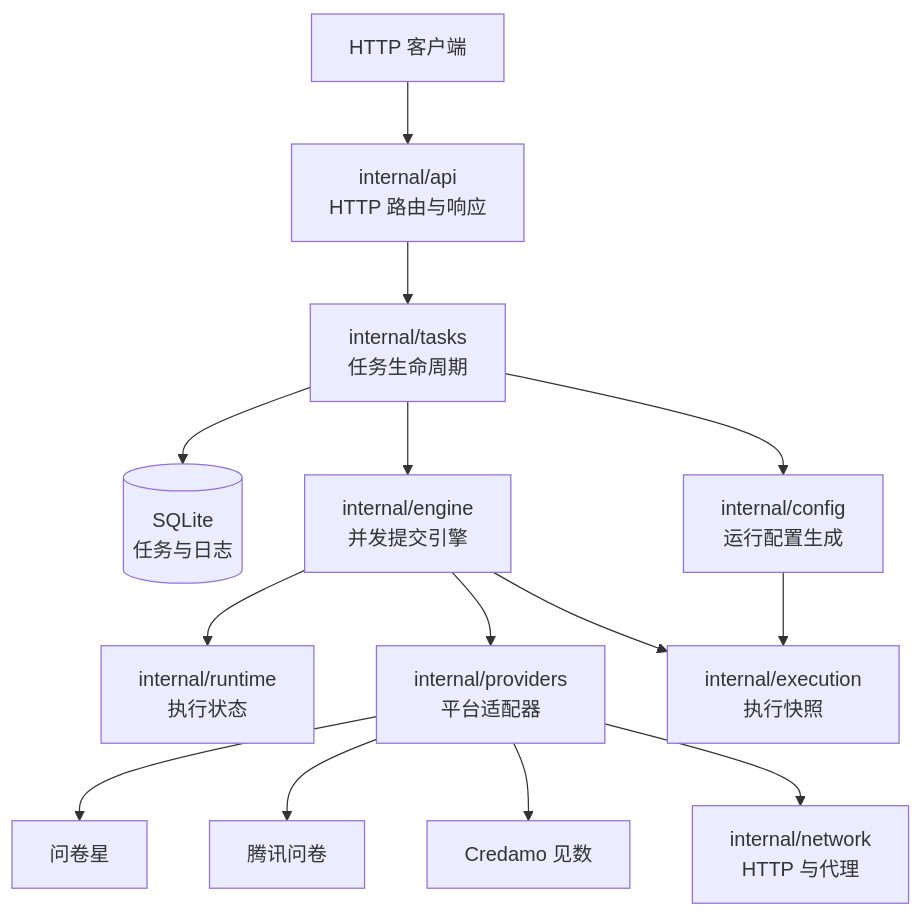
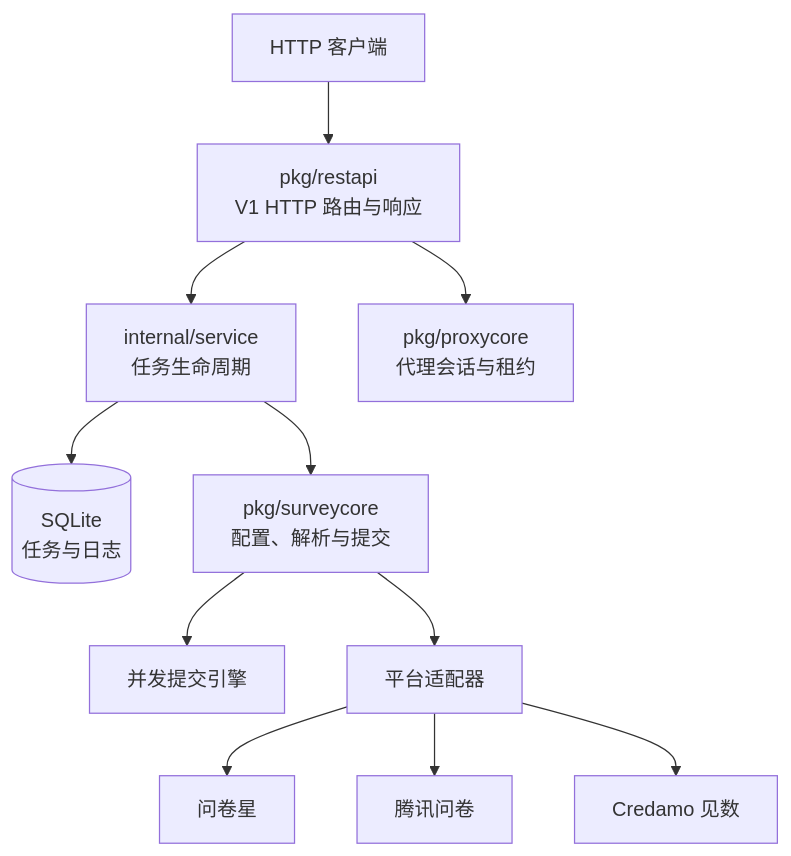
One commit to SurveyController/SurveyCore changed the diagram in README.md. Above: the diagram before and after it, drawn with Mermaid. The commit also changed other lines of this file and 263 other files, not shown here.

````diff
--- a/README.md
+++ b/README.md
@@ -45,16 +47,13 @@
 ```mermaid
 flowchart TD
-    Client[HTTP 客户端] --> API[internal/api<br/>HTTP 路由与响应]
-    API --> Tasks[internal/tasks<br/>任务生命周期]
+    Client[HTTP 客户端] --> API[pkg/restapi<br/>V1 HTTP 路由与响应]
+    API --> Tasks[internal/service<br/>任务生命周期]
     Tasks --> Store[(SQLite<br/>任务与日志)]
-    Tasks --> Config[internal/config<br/>运行配置生成]
-    Tasks --> Engine[internal/engine<br/>并发提交引擎]
-    Engine --> Runtime[internal/runtime<br/>执行状态]
-    Engine --> Providers[internal/providers<br/>平台适配器]
+    Tasks --> Core[pkg/surveycore<br/>配置、解析与提交]
+    Core --> Engine[并发提交引擎]
+    Core --> Providers[平台适配器]
     Providers --> WJX[问卷星]
     Providers --> Tencent[腾讯问卷]
     Providers --> Credamo[Credamo 见数]
-    Providers --> Network[internal/network<br/>HTTP 与代理]
-    Config --> Execution[internal/execution<br/>执行快照]
-    Engine --> Execution
+    API --> Proxy[pkg/proxycore<br/>代理会话与租约]
 ```
````
